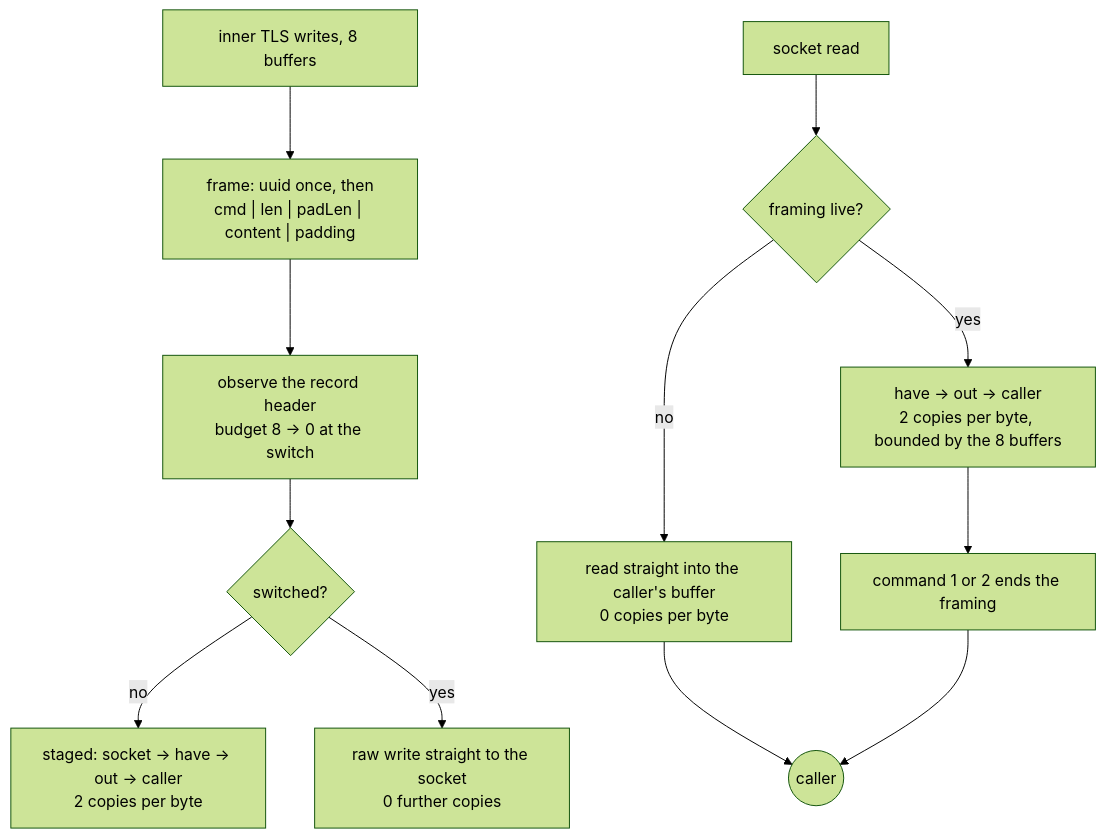
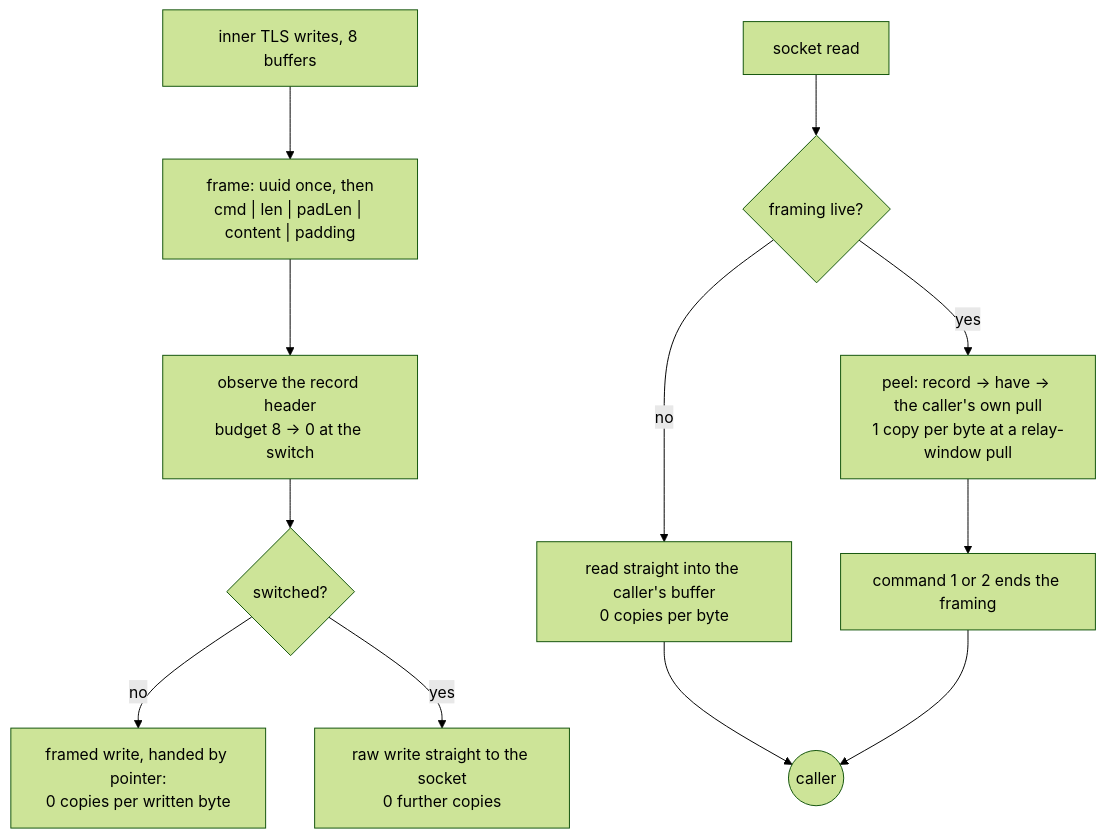
The diagram in docs/function/xtls-vision.md (Ferrocite/ferrox), drawn with Mermaid (forest theme) before and after one commit. The commit also changed other lines of this file and 2 other files, not shown here.

Commit message:
vision: the framed peel sinks straight into the caller's pull

````diff
--- a/docs/function/xtls-vision.md
+++ b/docs/function/xtls-vision.md
@@ -11,14 +11,14 @@
 ```mermaid
 graph TD
     W1["inner TLS writes, 8 buffers"] --> W2["frame: uuid once, then<br/>cmd | len | padLen | content | padding"]
     W2 --> W3["observe the record header<br/>budget 8 → 0 at the switch"]
     W3 --> W4{"switched?"}
-    W4 -- no --> W5["staged: socket → have → out → caller<br/>2 copies per byte"]
+    W4 -- no --> W5["framed write, handed by pointer:<br/>0 copies per written byte"]
     W4 -- yes --> W6["raw write straight to the socket<br/>0 further copies"]
     R1["socket read"] --> R2{"framing live?"}
-    R2 -- yes --> R3["have → out → caller<br/>2 copies per byte, bounded by the 8 buffers"]
+    R2 -- yes --> R3["peel: record → have → the caller's own pull<br/>1 copy per byte at a relay-window pull"]
     R2 -- no --> R4["read straight into the caller's buffer<br/>0 copies per byte"]
     R3 --> R5["command 1 or 2 ends the framing"]
     R4 --> R6(("caller"))
     R5 --> R6
 ```
````
